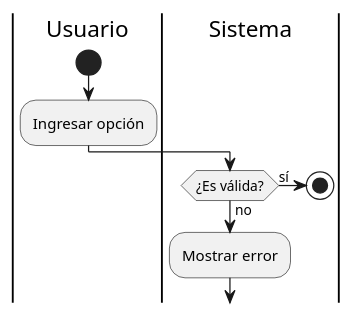
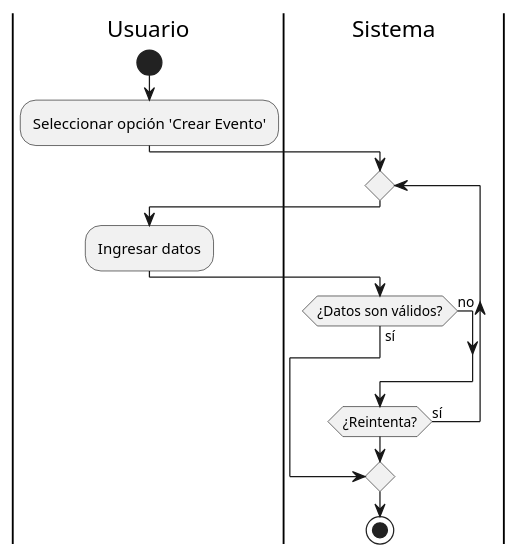
Before and after one commit to carolabenvenuto-uces/planit: the diagram in docs/03-specs/actividad-obligatoria-3/spec-arq-diagramas.md, drawn with PlantUML. The commit also changed other lines of this file, not shown here.

Commit message:
docs(spec): restaura BEFORE historical, completa AT CLOSE con contextos y extracto real de PlantUML

````diff
--- a/docs/03-specs/actividad-obligatoria-3/spec-arq-diagramas.md
+++ b/docs/03-specs/actividad-obligatoria-3/spec-arq-diagramas.md
@@ -82,13 +108,18 @@
 ```plantuml
 @startuml
 |Usuario|
 start
-:Ingresar opción;
+:Seleccionar opción 'Crear Evento';
 |Sistema|
-if (¿Es válida?) then (sí)
-  stop
-else (no)
-  :Mostrar error;
-endif
+repeat
+  |Usuario|
+  :Ingresar datos;
+  |Sistema|
+  if (¿Datos son válidos?) then (sí)
+    break
+  else (no)
+  endif
+repeat while (¿Reintenta?) is (sí)
+stop
 @enduml
 ```
````
